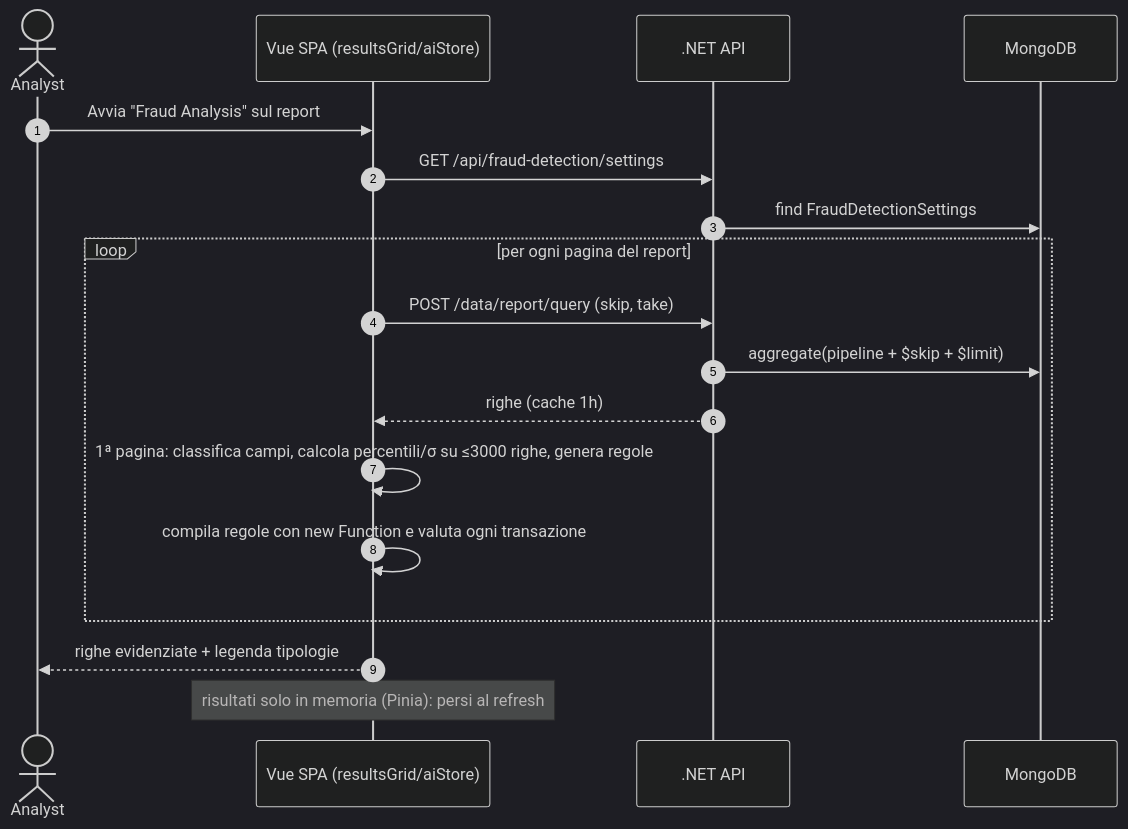
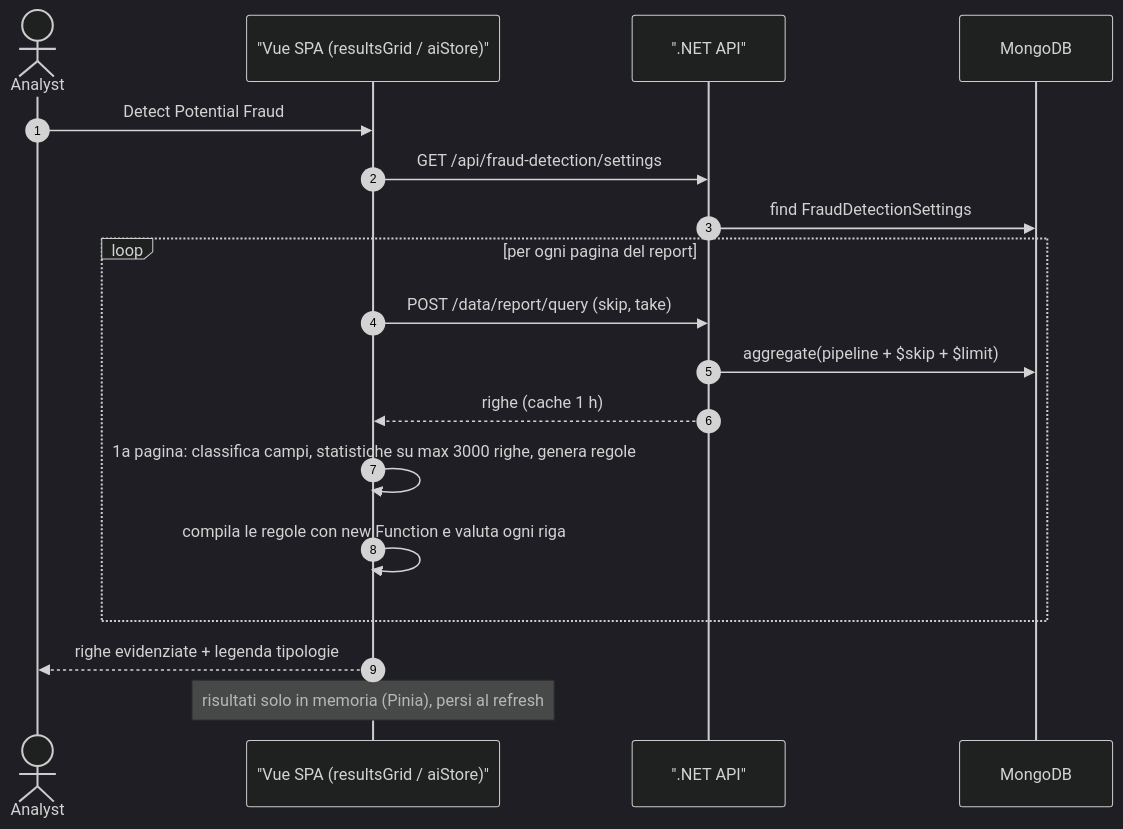
Before and after one commit to saristot/LOSS_PREVENTION: the second of 7 diagrams in customspa-it-loss-prevention-d098a8b97860/Docs/02_functional_overview.md, drawn with Mermaid (dark theme). The commit also changed other lines of this file and 23 other files, not shown here.

````diff
--- a/customspa-it-loss-prevention-d098a8b97860/Docs/02_functional_overview.md
+++ b/customspa-it-loss-prevention-d098a8b97860/Docs/02_functional_overview.md
@@ -137,20 +202,20 @@
 ```mermaid
 sequenceDiagram
   autonumber
   actor A as Analyst
-  participant UI as Vue SPA (resultsGrid/aiStore)
-  participant API as .NET API
+  participant UI as "Vue SPA (resultsGrid / aiStore)"
+  participant API as ".NET API"
   participant DB as MongoDB
-  A->>UI: Avvia "Fraud Analysis" sul report
+  A->>UI: Detect Potential Fraud
   UI->>API: GET /api/fraud-detection/settings
   API->>DB: find FraudDetectionSettings
   loop per ogni pagina del report
     UI->>API: POST /data/report/query (skip, take)
     API->>DB: aggregate(pipeline + $skip + $limit)
-    API-->>UI: righe (cache 1h)
-    UI->>UI: 1ª pagina: classifica campi, calcola percentili/σ su ≤3000 righe, genera regole
-    UI->>UI: compila regole con new Function e valuta ogni transazione
+    API-->>UI: righe (cache 1 h)
+    UI->>UI: 1a pagina: classifica campi, statistiche su max 3000 righe, genera regole
+    UI->>UI: compila le regole con new Function e valuta ogni riga
   end
   UI-->>A: righe evidenziate + legenda tipologie
-  Note over UI: risultati solo in memoria (Pinia): persi al refresh
+  Note over UI: risultati solo in memoria (Pinia), persi al refresh
 ```
````
